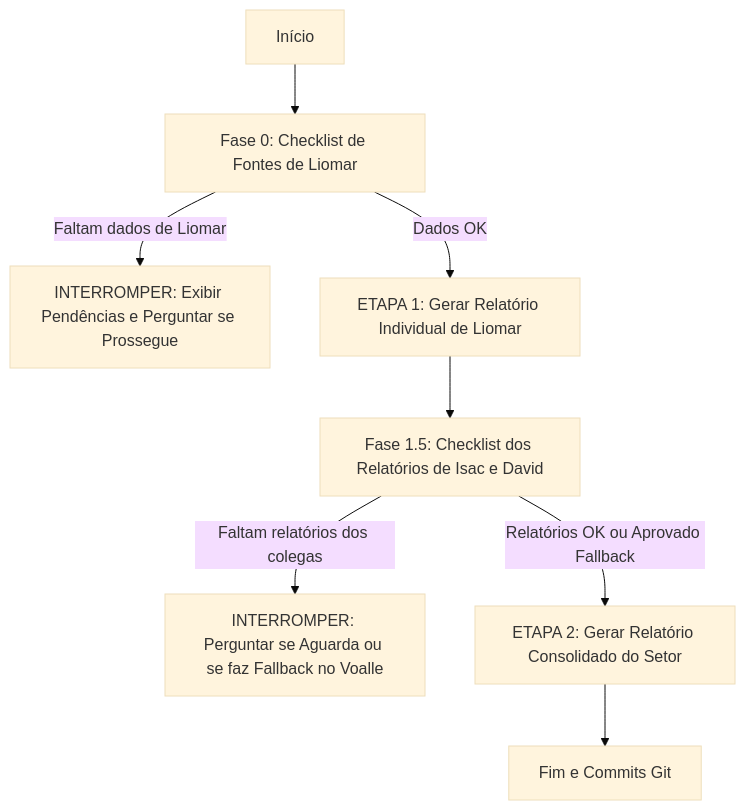
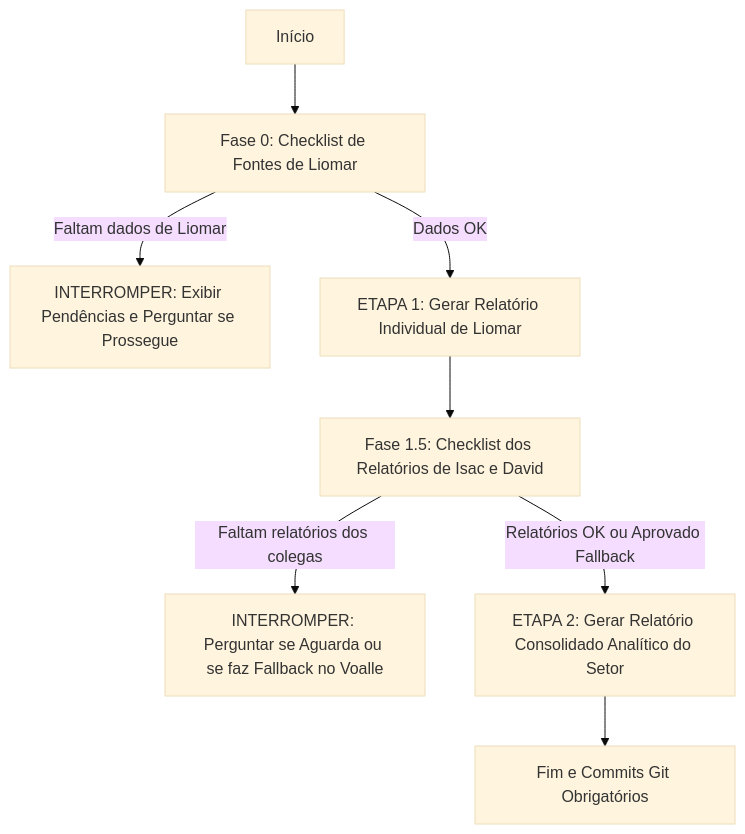
Before and after one commit to liomaroliveira/reports_ti: the diagram in PROMPT.md, drawn with Mermaid (base theme). The commit also changed other lines of this file and 1 other file, not shown here.

````diff
--- a/PROMPT.md
+++ b/PROMPT.md
@@ -44,10 +42,10 @@
 ```mermaid
 graph TD
     A[Início] --> B[Fase 0: Checklist de Fontes de Liomar]
     B -->|Faltam dados de Liomar| C[INTERROMPER: Exibir Pendências e Perguntar se Prossegue]
     B -->|Dados OK| D[ETAPA 1: Gerar Relatório Individual de Liomar]
     D --> E[Fase 1.5: Checklist dos Relatórios de Isac e David]
     E -->|Faltam relatórios dos colegas| F[INTERROMPER: Perguntar se Aguarda ou se faz Fallback no Voalle]
-    E -->|Relatórios OK ou Aprovado Fallback| G[ETAPA 2: Gerar Relatório Consolidado do Setor]
-    G --> H[Fim e Commits Git]
+    E -->|Relatórios OK ou Aprovado Fallback| G[ETAPA 2: Gerar Relatório Consolidado Analítico do Setor]
+    G --> H[Fim e Commits Git Obrigatórios]
 ```
````
